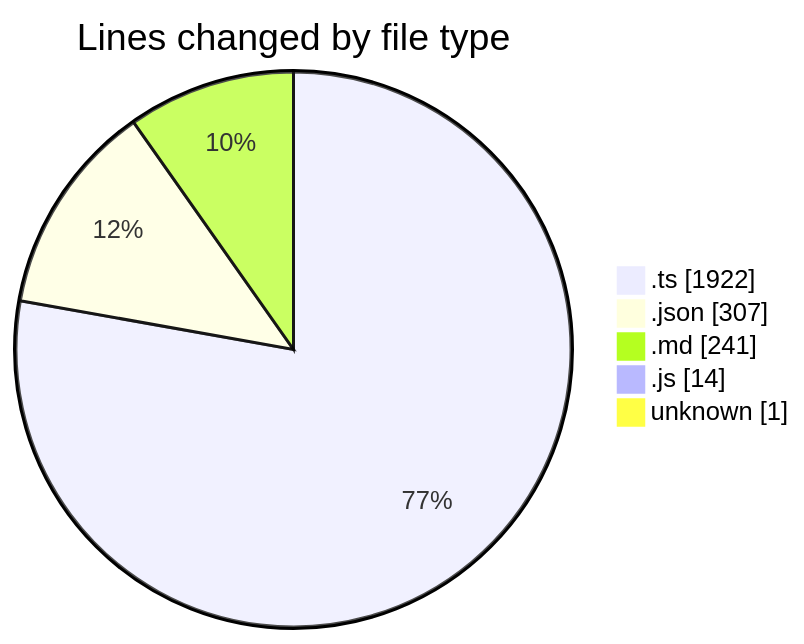
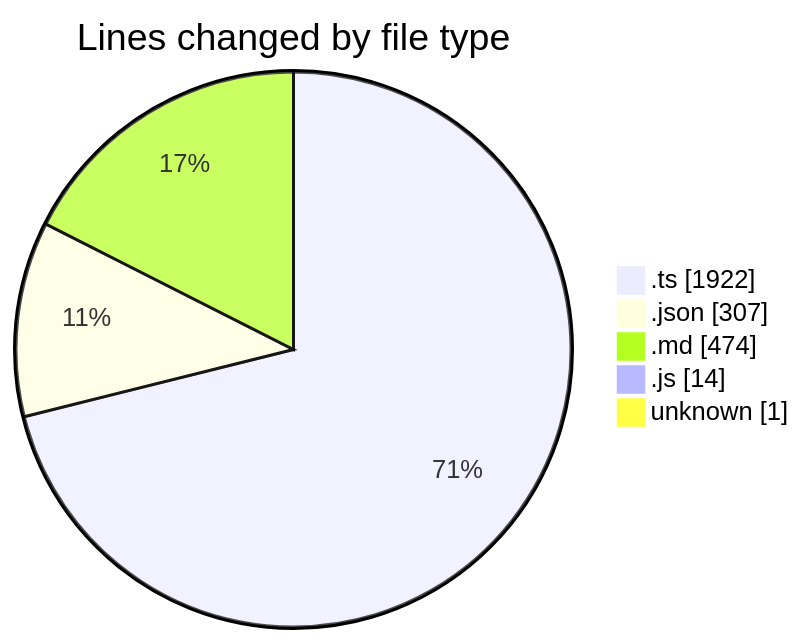
Before and after one commit to ernivani/code-tracking: the first of 2 diagrams in 2025-01-03/my-code-activity-ext/README.md, drawn with Mermaid. The commit also changed other lines of this file and 6 other files, not shown here.

````diff
--- a/2025-01-03/my-code-activity-ext/README.md
+++ b/2025-01-03/my-code-activity-ext/README.md
@@ -33,9 +33,9 @@
 ```mermaid
 pie showData
 title Lines changed by file type
 ".ts" : 1922
 ".json" : 307
-".md" : 241
+".md" : 474
 ".js" : 14
 "unknown" : 1
 ```
````
